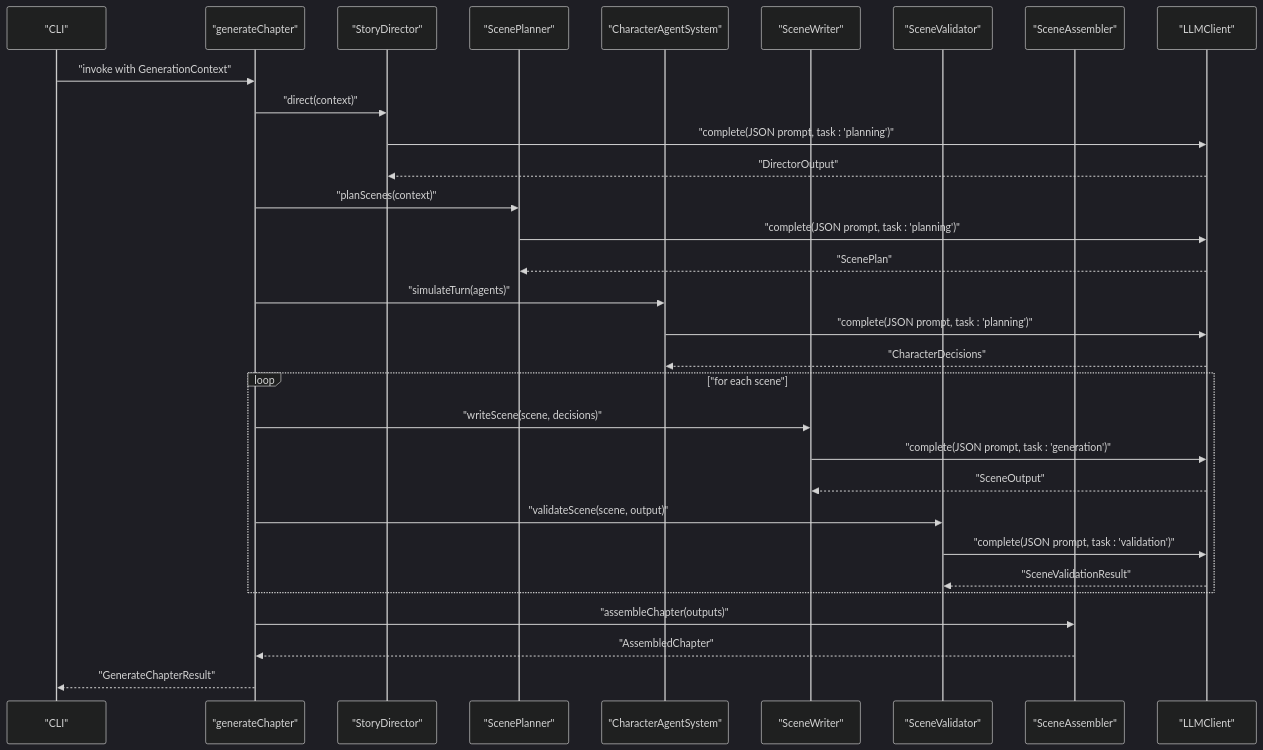
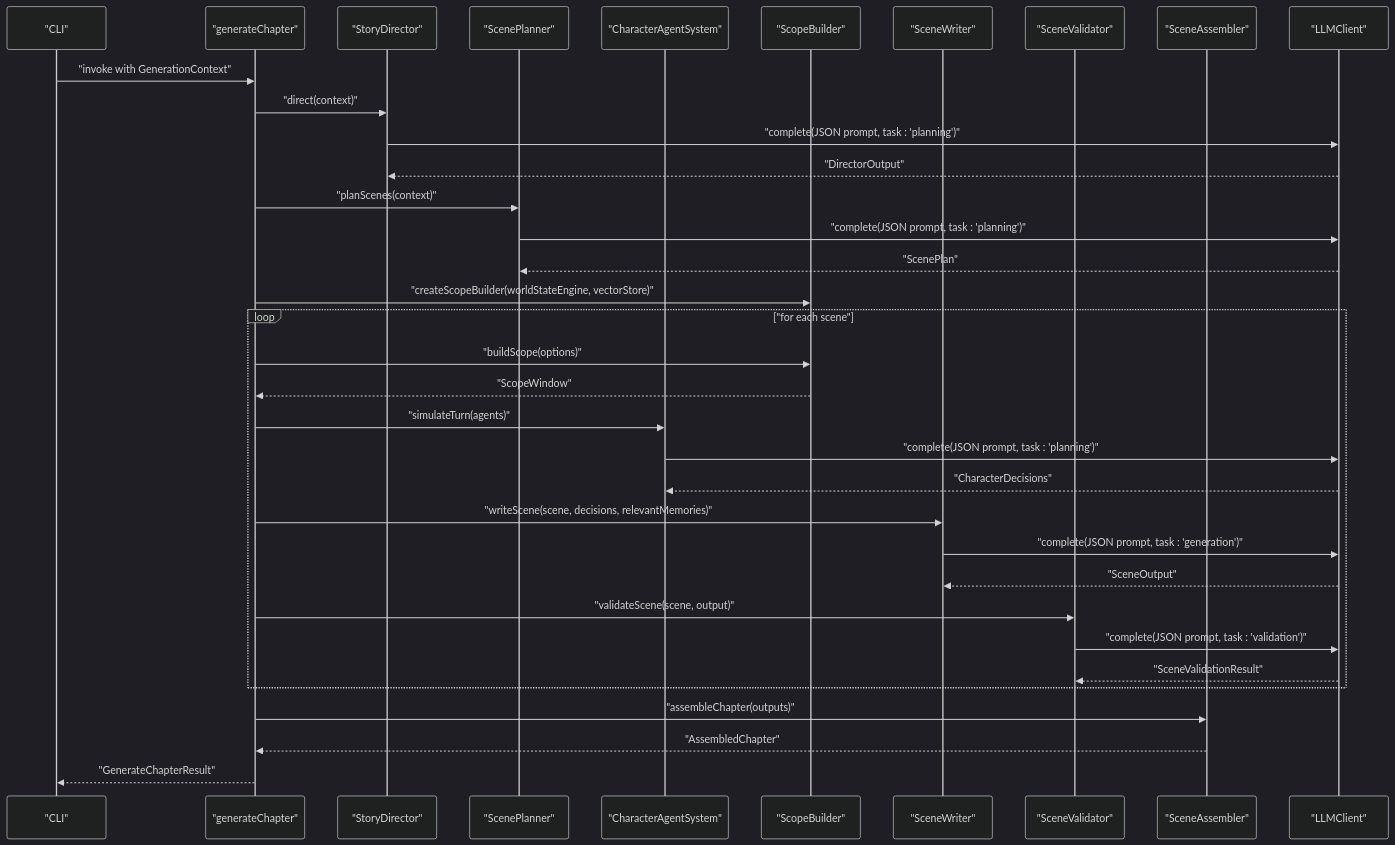
One commit to liwonder/NARRITIVE_OS changed the eighth of 12 diagrams in .qoder/repowiki/en/content/Engine Architecture/Engine Architecture.md. Above: the diagram before and after it, drawn with Mermaid (dark theme). The commit also changed other lines of this file and 22 other files, not shown here.

First line of the commit message:
Add enhanced scene docs; update engine agents

````diff
--- a/.qoder/repowiki/en/content/Engine Architecture/Engine Architecture.md
+++ b/.qoder/repowiki/en/content/Engine Architecture/Engine Architecture.md
@@ -607,33 +625,37 @@
 ```mermaid
 sequenceDiagram
 participant CLI as "CLI"
 participant Pipe as "generateChapter"
 participant Director as "StoryDirector"
 participant Planner as "ScenePlanner"
 participant Agents as "CharacterAgentSystem"
+participant ScopeBuilder as "ScopeBuilder"
 participant Writer as "SceneWriter"
 participant Validator as "SceneValidator"
 participant Assembler as "SceneAssembler"
 participant LLM as "LLMClient"
 CLI->>Pipe : "invoke with GenerationContext"
 Pipe->>Director : "direct(context)"
 Director->>LLM : "complete(JSON prompt, task : 'planning')"
 LLM-->>Director : "DirectorOutput"
 Pipe->>Planner : "planScenes(context)"
 Planner->>LLM : "complete(JSON prompt, task : 'planning')"
 LLM-->>Planner : "ScenePlan"
+Pipe->>ScopeBuilder : "createScopeBuilder(worldStateEngine, vectorStore)"
+loop "for each scene"
+Pipe->>ScopeBuilder : "buildScope(options)"
+ScopeBuilder-->>Pipe : "ScopeWindow"
 Pipe->>Agents : "simulateTurn(agents)"
 Agents->>LLM : "complete(JSON prompt, task : 'planning')"
 LLM-->>Agents : "CharacterDecisions"
-loop "for each scene"
-Pipe->>Writer : "writeScene(scene, decisions)"
+Pipe->>Writer : "writeScene(scene, decisions, relevantMemories)"
 Writer->>LLM : "complete(JSON prompt, task : 'generation')"
 LLM-->>Writer : "SceneOutput"
 Pipe->>Validator : "validateScene(scene, output)"
 Validator->>LLM : "complete(JSON prompt, task : 'validation')"
 LLM-->>Validator : "SceneValidationResult"
 end
 Pipe->>Assembler : "assembleChapter(outputs)"
 Assembler-->>Pipe : "AssembledChapter"
 Pipe-->>CLI : "GenerateChapterResult"
 ```
````
